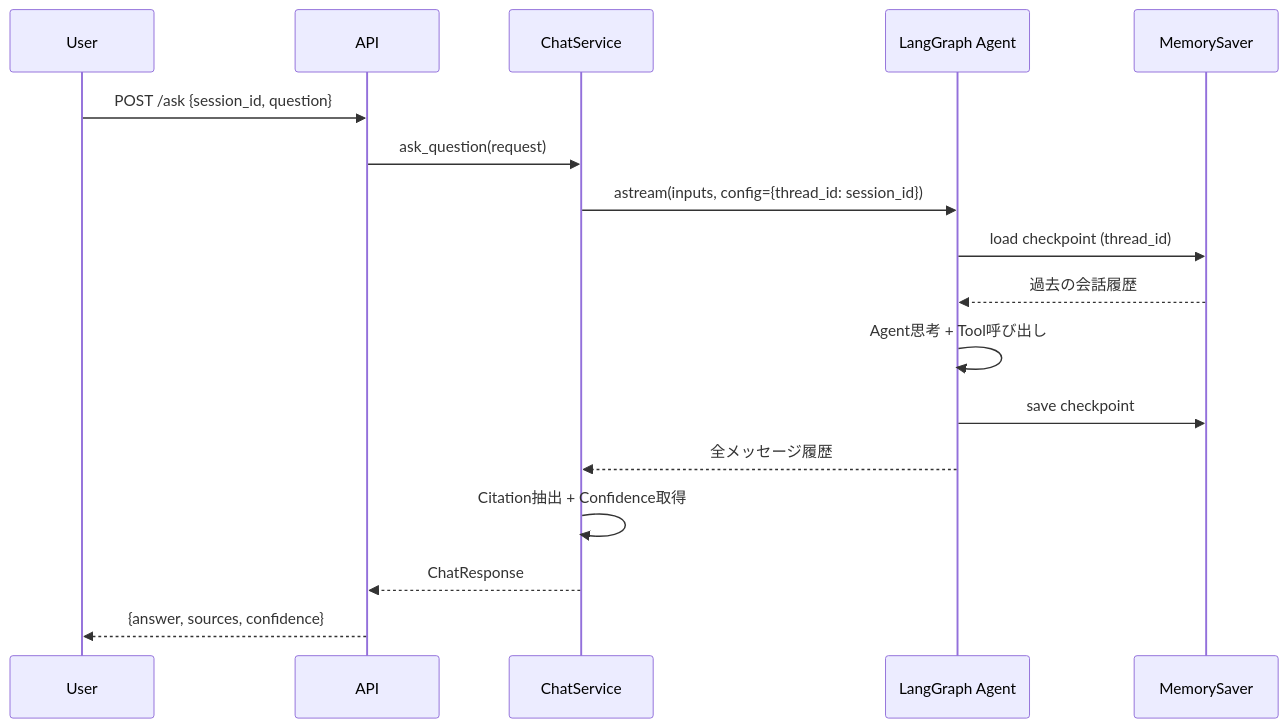
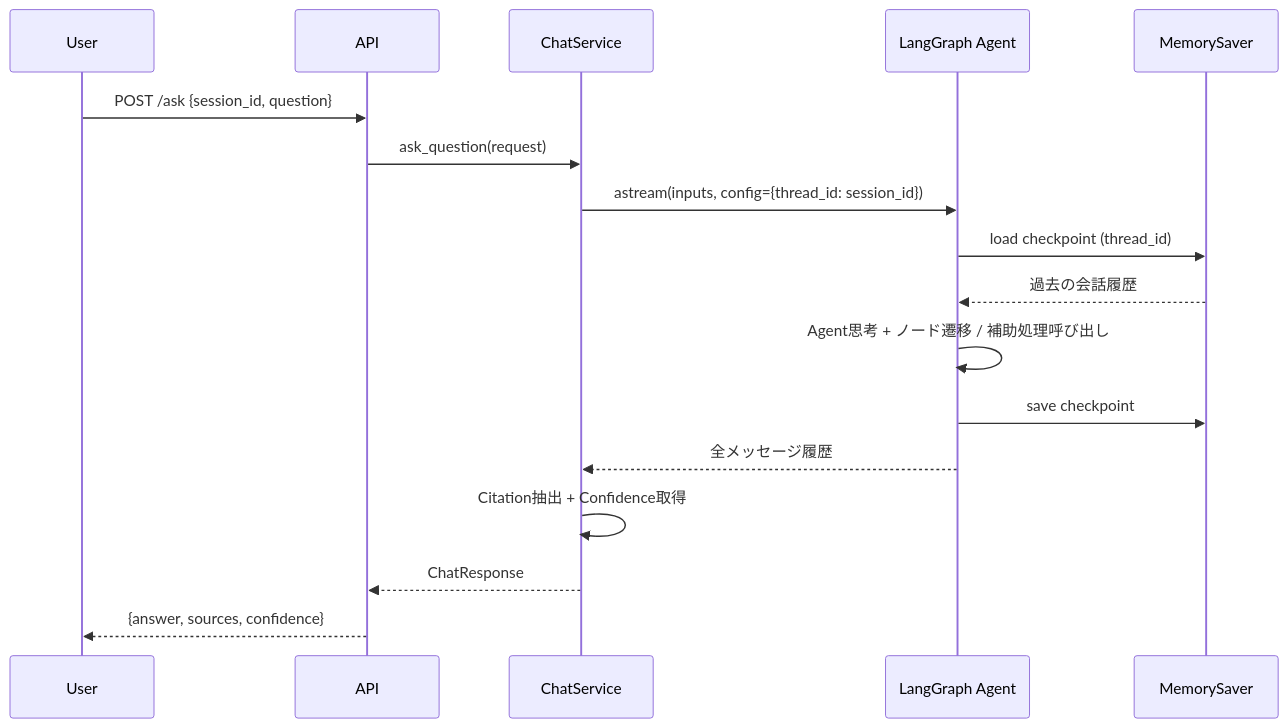
One commit to mlprototype/ai-agent-rag changed the seventh of 7 diagrams in README.md. Above: the diagram before and after it, drawn with Mermaid. The commit also changed other lines of this file and 16 other files, not shown here.

````diff
--- a/README.md
+++ b/README.md
@@ -287,20 +299,20 @@
 ```mermaid
 sequenceDiagram
     participant User
     participant API
     participant ChatService
     participant LangGraph as LangGraph Agent
     participant Memory as MemorySaver
 
     User->>API: POST /ask {session_id, question}
     API->>ChatService: ask_question(request)
     ChatService->>LangGraph: astream(inputs, config={thread_id: session_id})
     LangGraph->>Memory: load checkpoint (thread_id)
     Memory-->>LangGraph: 過去の会話履歴
-    LangGraph->>LangGraph: Agent思考 + Tool呼び出し
+    LangGraph->>LangGraph: Agent思考 + ノード遷移 / 補助処理呼び出し
     LangGraph->>Memory: save checkpoint
     LangGraph-->>ChatService: 全メッセージ履歴
     ChatService->>ChatService: Citation抽出 + Confidence取得
     ChatService-->>API: ChatResponse
     API-->>User: {answer, sources, confidence}
 ```
````
